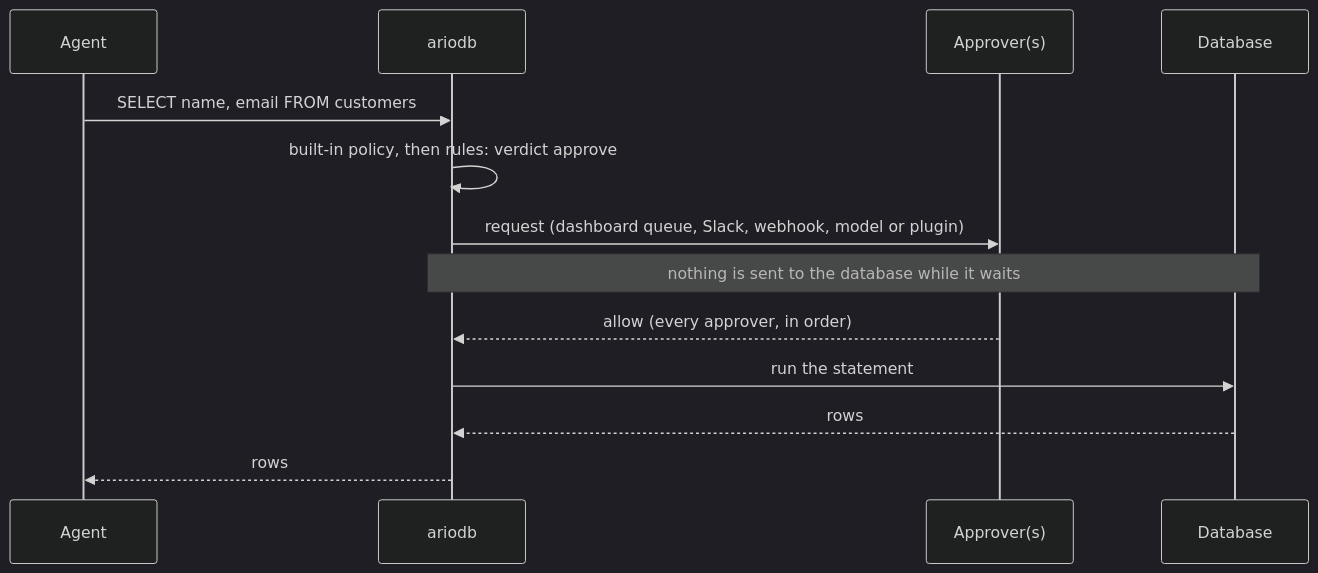
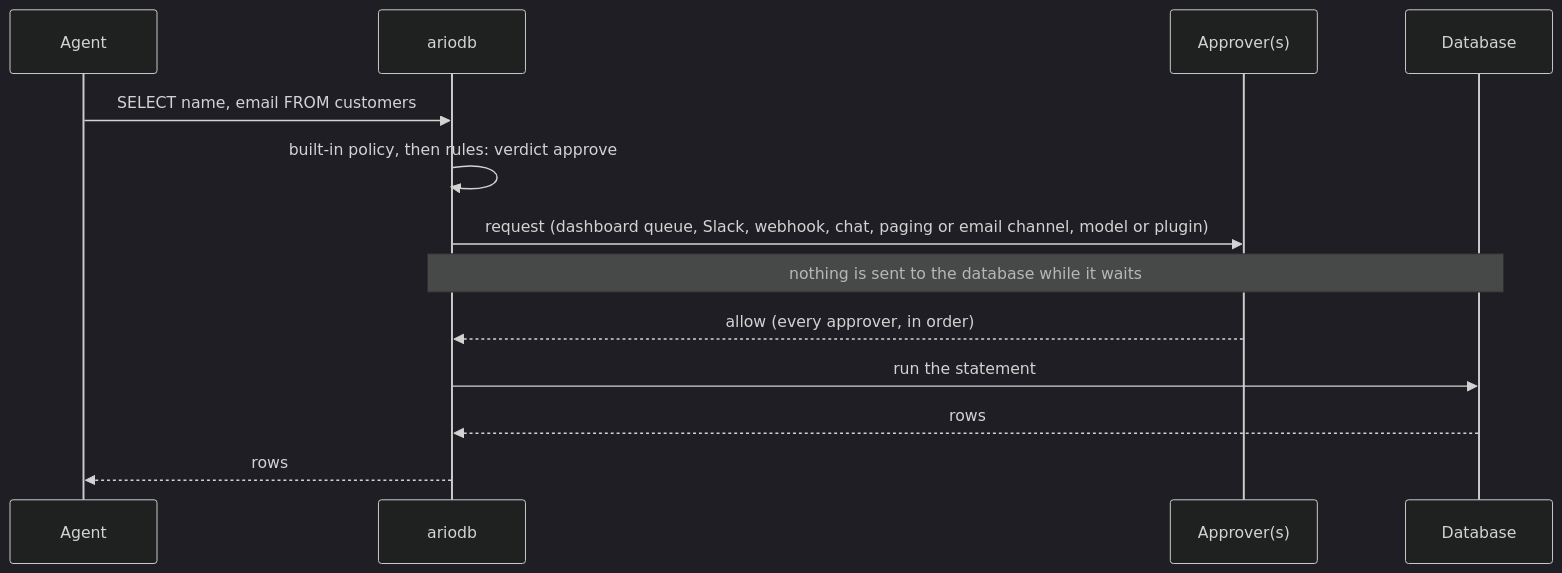
Before and after one commit to ariostacks/ariodb: the first of 2 diagrams in docs/approvals.md, drawn with Mermaid (dark theme). The commit also changed other lines of this file and 15 other files, not shown here.

First line of the commit message:
Document chat, paging and email approvers, single sign-on and roles, ClickHouse native inserts and agent.credential

````diff
--- a/docs/approvals.md
+++ b/docs/approvals.md
@@ -32,15 +34,15 @@
 ```mermaid
 sequenceDiagram
     participant A as Agent
     participant G as ariodb
     participant P as Approver(s)
     participant D as Database
     A->>G: SELECT name, email FROM customers
     G->>G: built-in policy, then rules: verdict approve
-    G->>P: request (dashboard queue, Slack, webhook, model or plugin)
+    G->>P: request (dashboard queue, Slack, webhook, chat, paging or email channel, model or plugin)
     Note over G,D: nothing is sent to the database while it waits
     P-->>G: allow (every approver, in order)
     G->>D: run the statement
     D-->>G: rows
     G-->>A: rows
 ```
````
